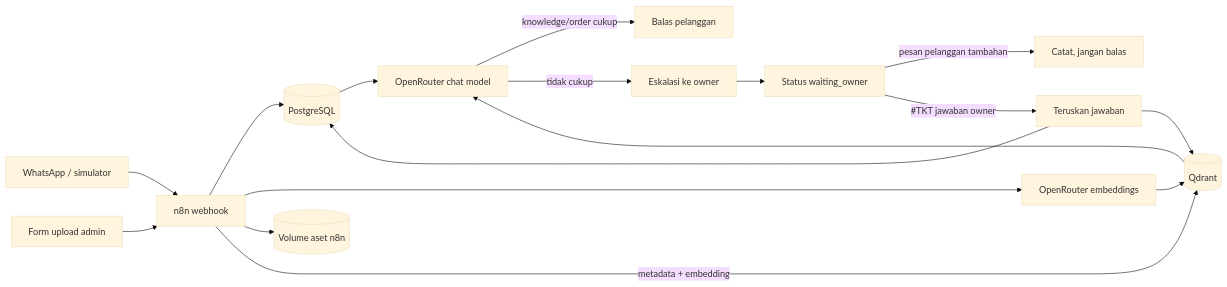
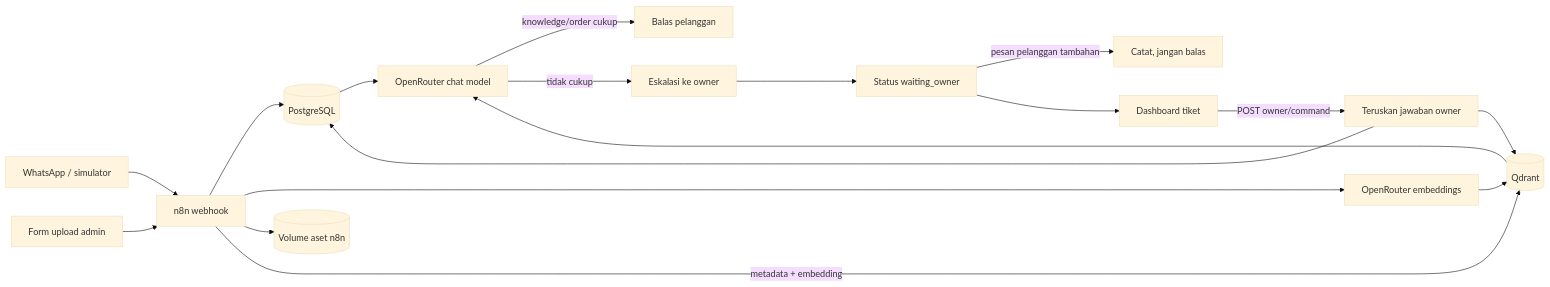
The diagram in README.md (JSuryadharma/simplified-cs-bot), drawn with Mermaid (base theme) before and after one commit. The commit also changed other lines of this file and 7 other files, not shown here.

First line of the commit message:
Move owner commands to a dashboard-only n8n endpoint

````diff
--- a/README.md
+++ b/README.md
@@ -76,19 +76,20 @@
 ```mermaid
 flowchart LR
     WA[WhatsApp / simulator] --> N8N[n8n webhook]
     N8N --> DB[(PostgreSQL)]
     N8N --> EMB[OpenRouter embeddings]
     EMB --> Q[(Qdrant)]
     FORM[Form upload admin] --> N8N
     N8N --> ASSET[(Volume aset n8n)]
     N8N -->|metadata + embedding| Q
     Q --> LLM[OpenRouter chat model]
     DB --> LLM
     LLM -->|knowledge/order cukup| AUTO[Balas pelanggan]
     LLM -->|tidak cukup| ESC[Eskalasi ke owner]
     ESC --> WAIT[Status waiting_owner]
     WAIT -->|pesan pelanggan tambahan| SILENT[Catat, jangan balas]
-    WAIT -->|#TKT jawaban owner| DIRECT[Teruskan jawaban]
+    DASH[Dashboard tiket] -->|POST owner/command| DIRECT[Teruskan jawaban owner]
+    WAIT --> DASH
     DIRECT --> DB
     DIRECT --> Q
 ```
````
